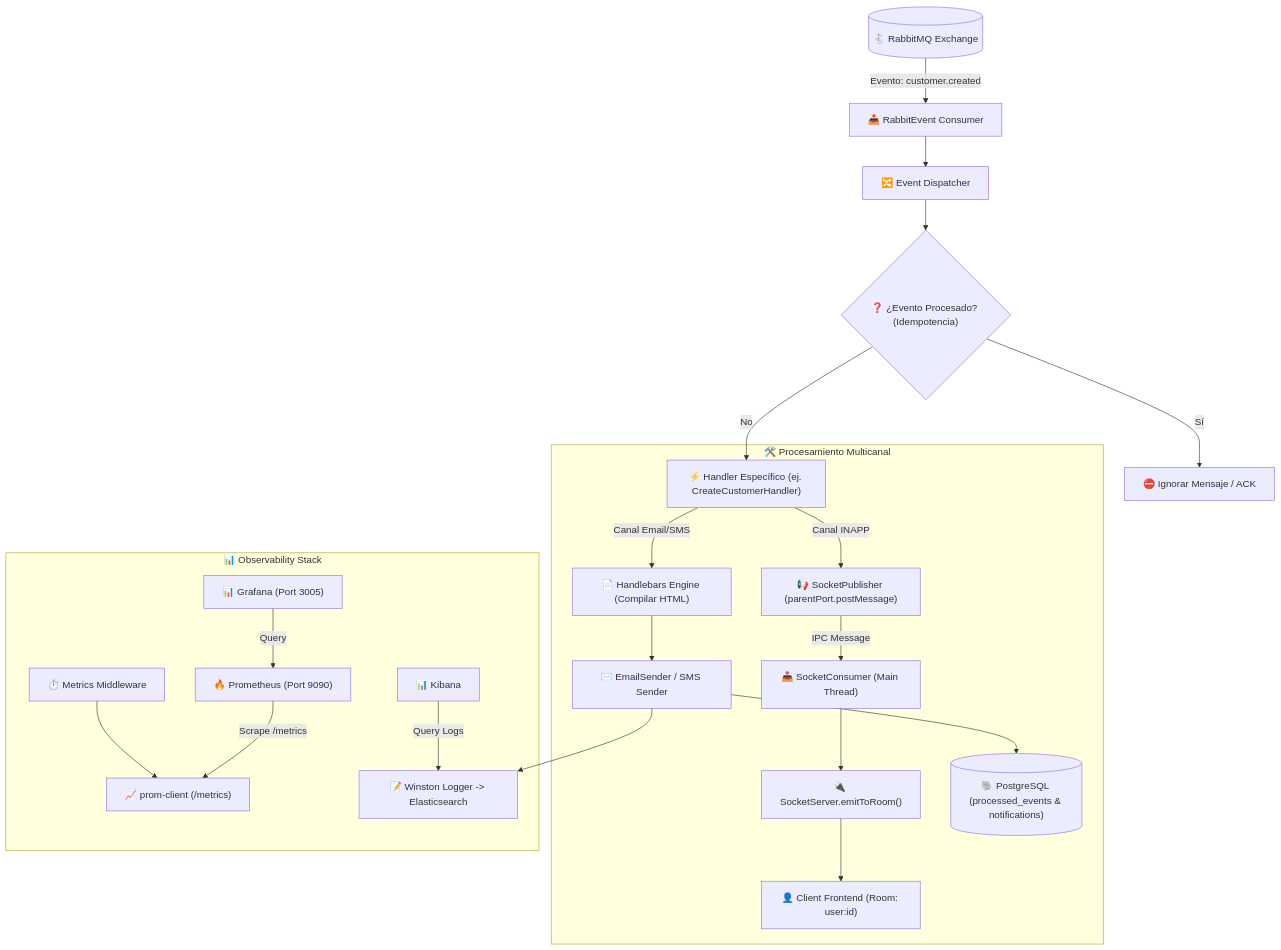
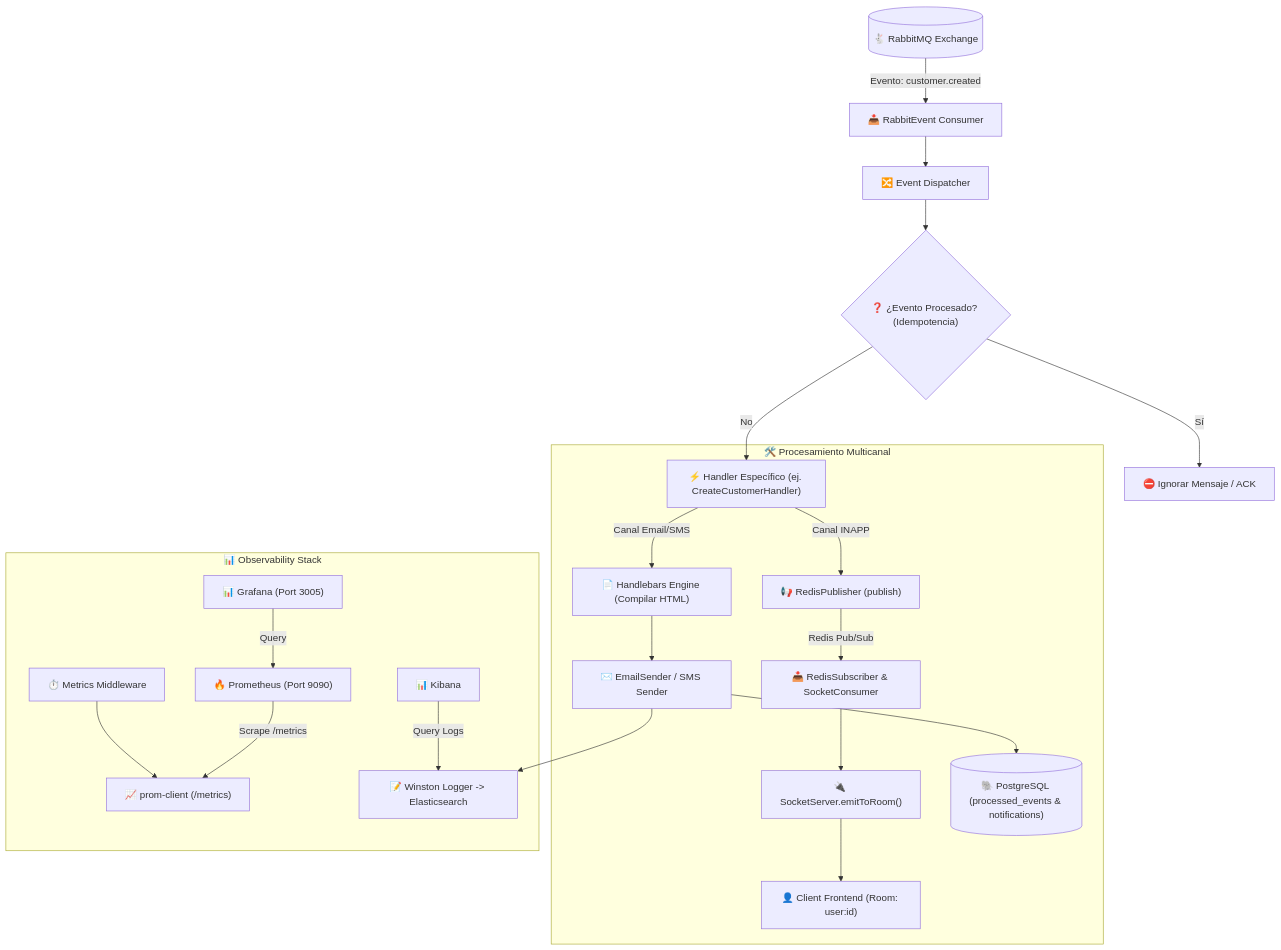
One commit to nrv23/StreamCRM-App changed the second of 3 diagrams in apps/notification-service/README.md. Above: the diagram before and after it, drawn with Mermaid. The commit also changed other lines of this file and 19 other files, not shown here.

Commit message:
sockets distribuidos,pub/sub con redis

````diff
--- a/apps/notification-service/README.md
+++ b/apps/notification-service/README.md
@@ -110,27 +113,27 @@
 ```mermaid
 graph TD
     Rabbit[("🐇 RabbitMQ Exchange")] -->|Evento: customer.created| Consumer["📥 RabbitEvent Consumer"]
     Consumer --> Dispatcher["🔀 Event Dispatcher"]
     
     Dispatcher --> Check{"❓ ¿Evento Procesado? (Idempotencia)"}
     Check -- Sí --> Ignore["⛔ Ignorar Mensaje / ACK"]
     Check -- No --> Handler["⚡ Handler Específico (ej. CreateCustomerHandler)"]
 
     subgraph Processing ["🛠️ Procesamiento Multicanal"]
         Handler -->|Canal Email/SMS| Template["📄 Handlebars Engine (Compilar HTML)"]
         Template --> Sender["✉️ EmailSender / SMS Sender"]
-        Handler -->|Canal INAPP| SocketPub["📢 SocketPublisher (parentPort.postMessage)"]
-        SocketPub -->|IPC Message| SocketCon["📥 SocketConsumer (Main Thread)"]
-        SocketCon --> SocketServer["🔌 SocketServer.emitToRoom()"]
+        Handler -->|Canal INAPP| RedisPub["📢 RedisPublisher (publish)"]
+        RedisPub -->|Redis Pub/Sub| RedisSub["📥 RedisSubscriber & SocketConsumer"]
+        RedisSub --> SocketServer["🔌 SocketServer.emitToRoom()"]
         Sender --> DB[("🐘 PostgreSQL (processed_events & notifications)")]
         SocketServer --> Client["👤 Client Frontend (Room: user:id)"]
     end
 
     subgraph Observability ["📊 Observability Stack"]
         MetricsMiddleware["⏱️ Metrics Middleware"] --> PromClient["📈 prom-client (/metrics)"]
         Prometheus["🔥 Prometheus (Port 9090)"] -->|Scrape /metrics| PromClient
         Grafana["📊 Grafana (Port 3005)"] -->|Query| Prometheus
         Sender --> Log["📝 Winston Logger -> Elasticsearch"]
         Kibana["📊 Kibana"] -->|Query Logs| Log
     end
 ```
````
